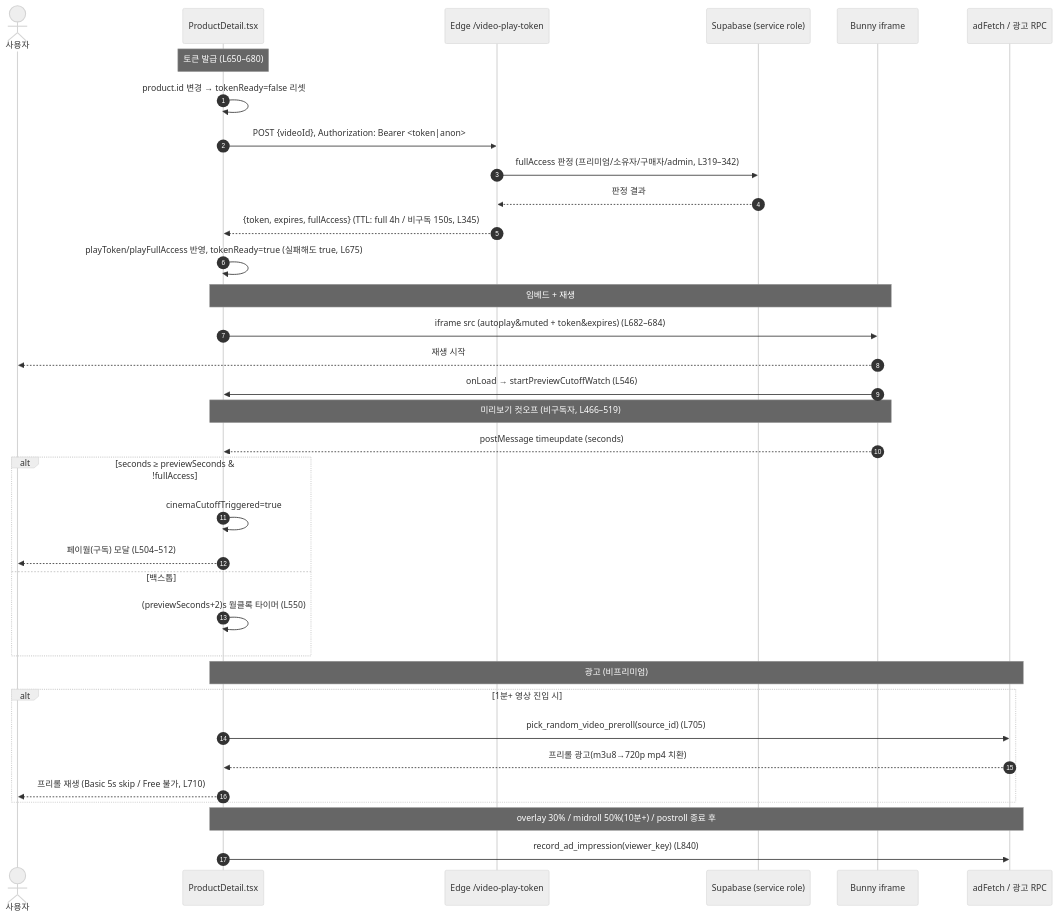
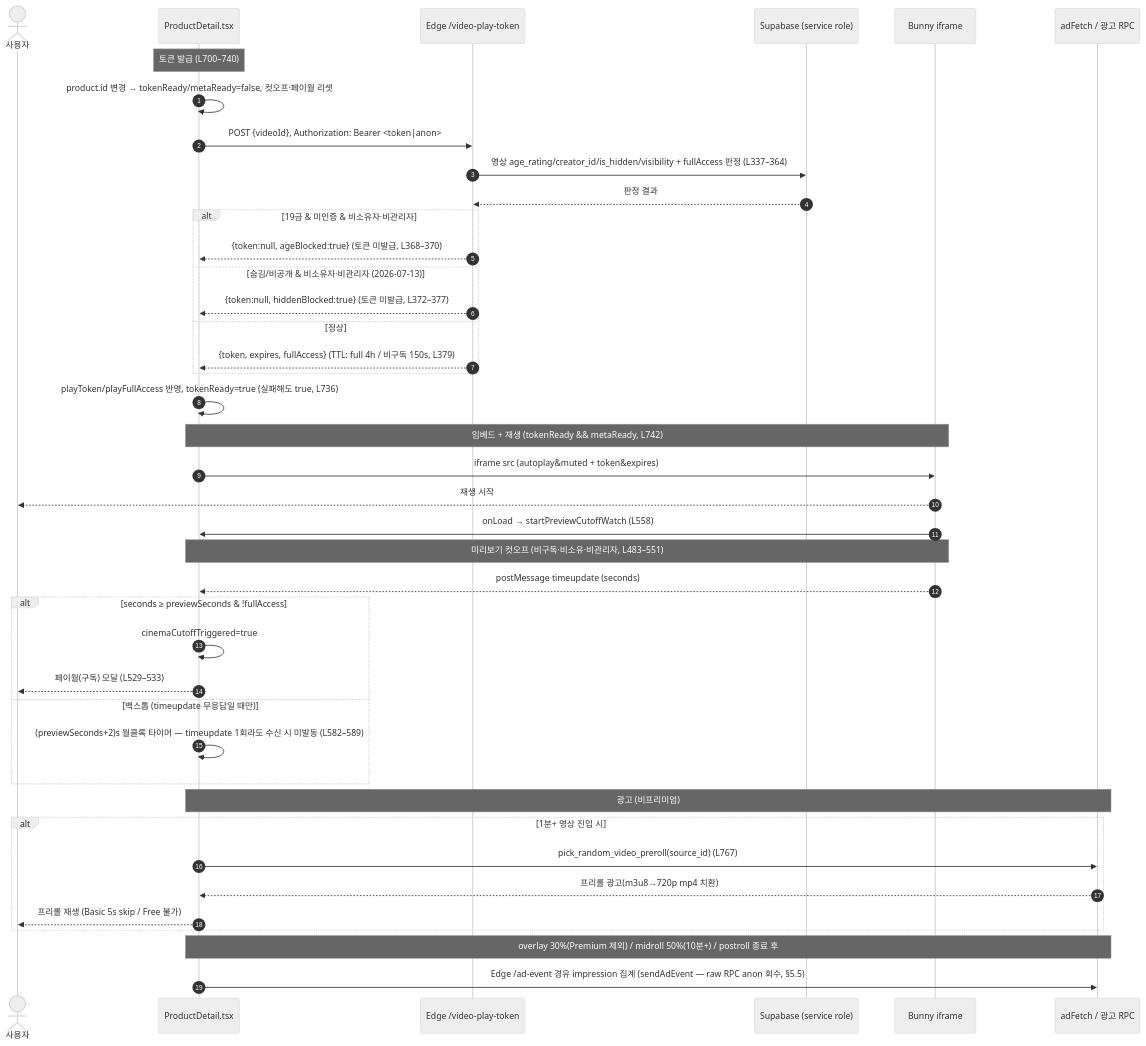
Before and after one commit to crebiz-commits/ai-v-market: the second of 3 diagrams in docs/prd/04-search-detail-licensing.md, drawn with Mermaid (neutral theme). The commit also changed other lines of this file and 10 other files, not shown here.

````diff
--- a/docs/prd/04-search-detail-licensing.md
+++ b/docs/prd/04-search-detail-licensing.md
@@ -449,41 +512,47 @@
 ```mermaid
 sequenceDiagram
     autonumber
     actor U as 사용자
     participant PD as ProductDetail.tsx
     participant ED as Edge /video-play-token
     participant DB as Supabase (service role)
     participant BUNNY as Bunny iframe
     participant AD as adFetch / 광고 RPC
 
-    Note over PD: 토큰 발급 (L650–680)
-    PD->>PD: product.id 변경 → tokenReady=false 리셋
+    Note over PD: 토큰 발급 (L700–740)
+    PD->>PD: product.id 변경 → tokenReady/metaReady=false, 컷오프·페이월 리셋
     PD->>ED: POST {videoId}, Authorization: Bearer <token|anon>
-    ED->>DB: fullAccess 판정 (프리미엄/소유자/구매자/admin, L319–342)
+    ED->>DB: 영상 age_rating/creator_id/is_hidden/visibility + fullAccess 판정 (L337–364)
     DB-->>ED: 판정 결과
-    ED-->>PD: {token, expires, fullAccess}  (TTL: full 4h / 비구독 150s, L345)
-    PD->>PD: playToken/playFullAccess 반영, tokenReady=true (실패해도 true, L675)
+    alt 19금 & 미인증 & 비소유자·비관리자
+        ED-->>PD: {token:null, ageBlocked:true}  (토큰 미발급, L368–370)
+    else 숨김/비공개 & 비소유자·비관리자 (2026-07-13)
+        ED-->>PD: {token:null, hiddenBlocked:true}  (토큰 미발급, L372–377)
+    else 정상
+        ED-->>PD: {token, expires, fullAccess}  (TTL: full 4h / 비구독 150s, L379)
+    end
+    PD->>PD: playToken/playFullAccess 반영, tokenReady=true (실패해도 true, L736)
 
-    Note over PD,BUNNY: 임베드 + 재생
-    PD->>BUNNY: iframe src (autoplay&muted + token&expires) (L682–684)
+    Note over PD,BUNNY: 임베드 + 재생 (tokenReady && metaReady, L742)
+    PD->>BUNNY: iframe src (autoplay&muted + token&expires)
     BUNNY-->>U: 재생 시작
-    BUNNY->>PD: onLoad → startPreviewCutoffWatch (L546)
+    BUNNY->>PD: onLoad → startPreviewCutoffWatch (L558)
 
-    Note over PD,BUNNY: 미리보기 컷오프 (비구독자, L466–519)
+    Note over PD,BUNNY: 미리보기 컷오프 (비구독·비소유·비관리자, L483–551)
     BUNNY-->>PD: postMessage timeupdate (seconds)
     alt seconds ≥ previewSeconds & !fullAccess
         PD->>PD: cinemaCutoffTriggered=true
-        PD-->>U: 페이월(구독) 모달 (L504–512)
-    else 백스톱
-        PD->>PD: (previewSeconds+2)s 월클록 타이머 (L550)
+        PD-->>U: 페이월(구독) 모달 (L529–533)
+    else 백스톱 (timeupdate 무응답일 때만)
+        PD->>PD: (previewSeconds+2)s 월클록 타이머 — timeupdate 1회라도 수신 시 미발동 (L582–589)
     end
 
     Note over PD,AD: 광고 (비프리미엄)
     alt 1분+ 영상 진입 시
-        PD->>AD: pick_random_video_preroll(source_id) (L705)
+        PD->>AD: pick_random_video_preroll(source_id) (L767)
         AD-->>PD: 프리롤 광고(m3u8→720p mp4 치환)
-        PD-->>U: 프리롤 재생 (Basic 5s skip / Free 불가, L710)
+        PD-->>U: 프리롤 재생 (Basic 5s skip / Free 불가)
     end
-    Note over PD,AD: overlay 30% / midroll 50%(10분+) / postroll 종료 후
-    PD->>AD: record_ad_impression(viewer_key) (L840)
+    Note over PD,AD: overlay 30%(Premium 제외) / midroll 50%(10분+) / postroll 종료 후
+    PD->>AD: Edge /ad-event 경유 impression 집계 (sendAdEvent — raw RPC anon 회수, §5.5)
 ```
````
